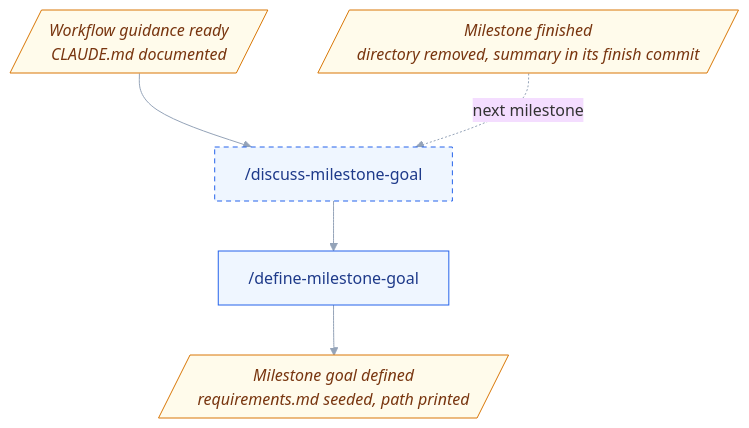
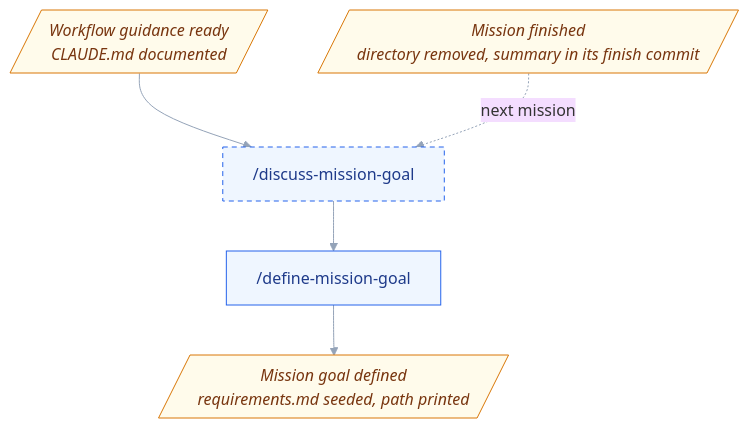
The second of 6 diagrams in docs/workflow.md (uHappyLogic/gurita), drawn with Mermaid before and after one commit. The commit also changed other lines of this file and 4 other files, not shown here.

````diff
--- a/docs/workflow.md
+++ b/docs/workflow.md
@@ -32,19 +32,19 @@
 ```mermaid
 %%{init: {'theme':'base','themeVariables':{'fontFamily':'ui-sans-serif, system-ui','lineColor':'#94a3b8','primaryBorderColor':'#475569'},'flowchart':{'wrappingWidth':9999,'curve':'basis'}}}%%
 flowchart TD
     D0[/"Workflow guidance ready<br/>CLAUDE.md documented"/]
-    IM1["/discuss-milestone-goal"]
-    IM2["/define-milestone-goal"]
-    D5[/"Milestone finished<br/>directory removed, summary in its finish commit"/]
-    D1[/"Milestone goal defined<br/>requirements.md seeded, path printed"/]
+    IM1["/discuss-mission-goal"]
+    IM2["/define-mission-goal"]
+    D5[/"Mission finished<br/>directory removed, summary in its finish commit"/]
+    D1[/"Mission goal defined<br/>requirements.md seeded, path printed"/]
 
     D0 --> IM1 --> IM2 --> D1
-    D5 -.->|next milestone| IM1
+    D5 -.->|next mission| IM1
 
     classDef init fill:#eff6ff,stroke:#2563eb,color:#1e3a8a;
     classDef optional stroke-dasharray:5 4;
     classDef state fill:#fffbeb,stroke:#d97706,color:#78350f,font-style:italic;
     class IM1,IM2 init;
     class IM1 optional;
     class D0,D5,D1 state;
 ```
````
